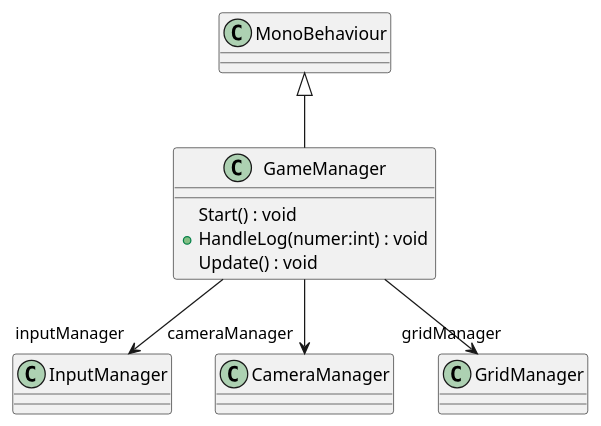
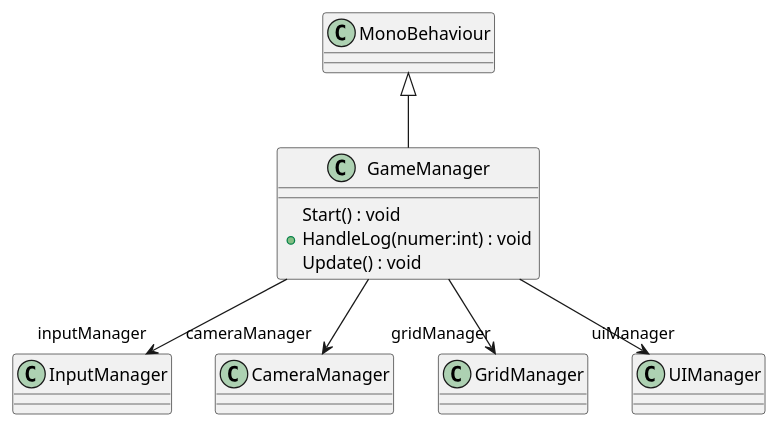
One commit to Jaren-Taylor/Smart-City-Dashboard changed the diagram in Documentation/plantuml/Managers/GameManager.puml. Above: the diagram before and after it, drawn with PlantUML. The commit also changed 11 other files, not shown here.

Commit message:
UI UML diagrams

```diff
--- a/Documentation/plantuml/Managers/GameManager.puml
+++ b/Documentation/plantuml/Managers/GameManager.puml
@@ -1,11 +1,12 @@
 @startuml
 class GameManager {
     Start() : void
     + HandleLog(numer:int) : void
     Update() : void
 }
 MonoBehaviour <|-- GameManager
 GameManager --> "inputManager" InputManager
 GameManager --> "cameraManager" CameraManager
 GameManager --> "gridManager" GridManager
+GameManager --> "uiManager" UIManager
 @enduml
```
